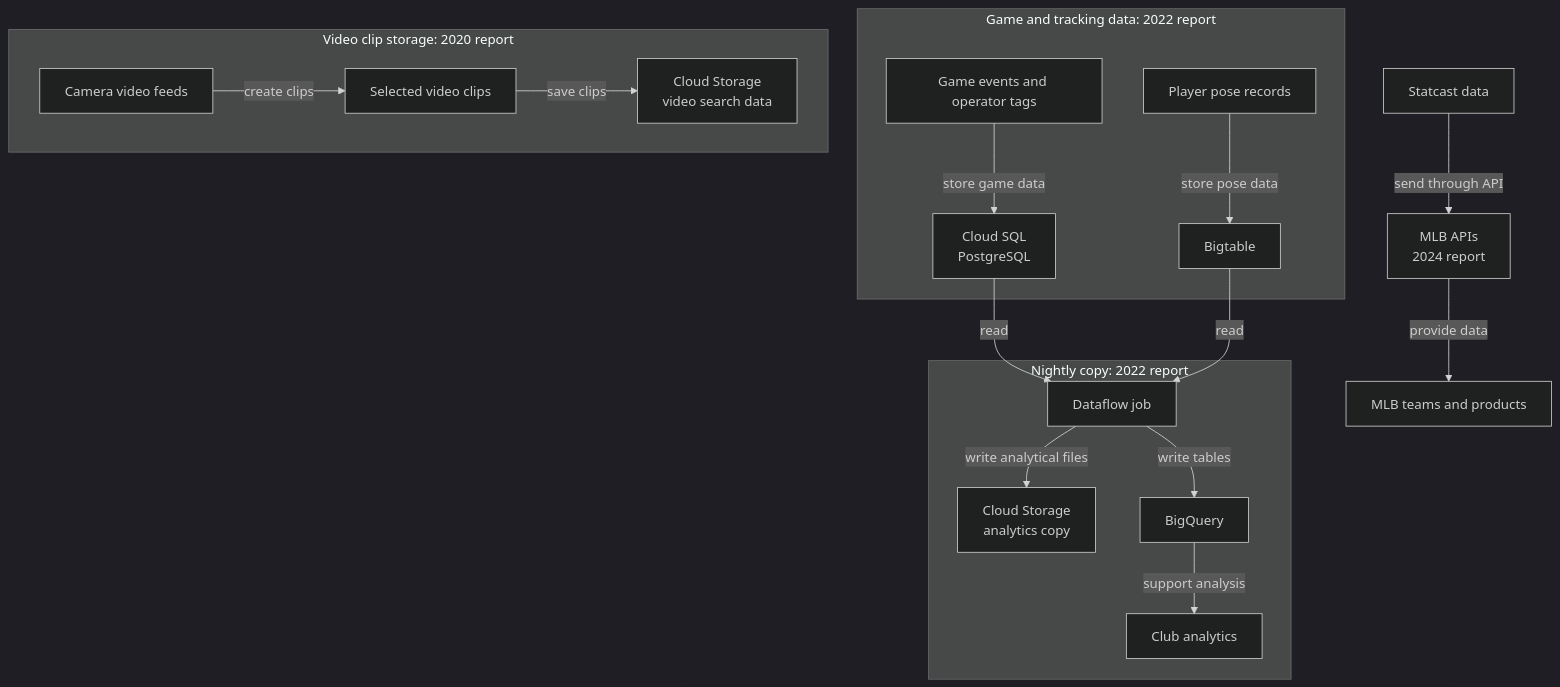
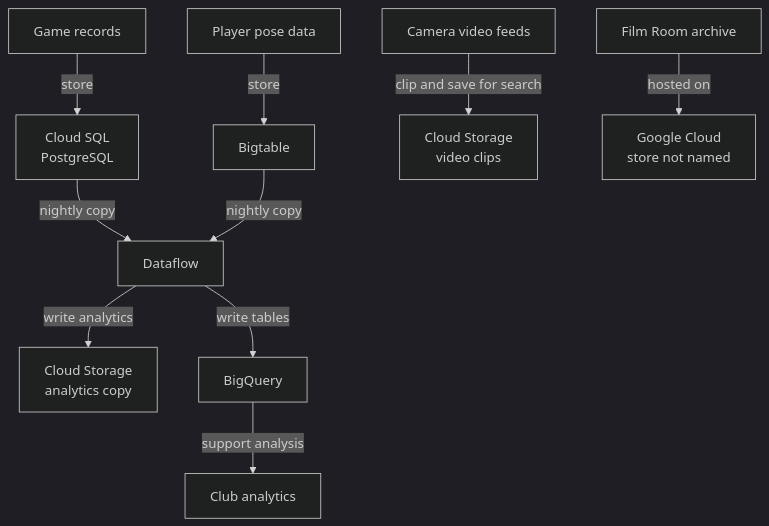
One commit to hsmahon/savant-stats changed the second of 5 diagrams in README.md. Above: the diagram before and after it, drawn with Mermaid (dark theme). The commit also changed other lines of this file and 1 other file, not shown here.

Commit message:
Fix Mermaid chart rendering and layout

````diff
--- a/README.md
+++ b/README.md
@@ -113,32 +26,12 @@
 ```mermaid
-flowchart TD
-  subgraph eventdata[Game and tracking data: 2022 report]
-    event[Game events and operator tags]
-    track[Player pose records]
-    event -->|store game data| sql[Cloud SQL<br/>PostgreSQL]
-    track -->|store pose data| bt[Bigtable]
-  end
-
-  subgraph batchcopy[Nightly copy: 2022 report]
-    flow[Dataflow job]
-    sql -->|read| flow
-    bt -->|read| flow
-    flow -->|write analytical files| gcs[Cloud Storage<br/>analytics copy]
-    flow -->|write tables| bq[BigQuery]
-    bq -->|support analysis| clubs[Club analytics]
-  end
-
-  subgraph videodata[Video clip storage: 2020 report]
-    feed[Camera video feeds]
-    cuts[Selected video clips]
-    videoStore[Cloud Storage<br/>video search data]
-    feed -->|create clips| cuts
-    cuts -->|save clips| videoStore
-  end
-
-  api[MLB APIs<br/>2024 report]
-  statcast[Statcast data]
-  teams[MLB teams and products]
-  statcast -->|send through API| api
-  api -->|provide data| teams
+flowchart TB
+  game[Game records] -->|store| sql[Cloud SQL<br/>PostgreSQL]
+  pose[Player pose data] -->|store| bt[Bigtable]
+  sql -->|nightly copy| flow[Dataflow]
+  bt -->|nightly copy| flow
+  flow -->|write analytics| analytics[Cloud Storage<br/>analytics copy]
+  flow -->|write tables| bq[BigQuery]
+  bq -->|support analysis| clubs[Club analytics]
+  feeds[Camera video feeds] -->|clip and save for search| video[Cloud Storage<br/>video clips]
+  archive[Film Room archive] -->|hosted on| google[Google Cloud<br/>store not named]
 ```
````
